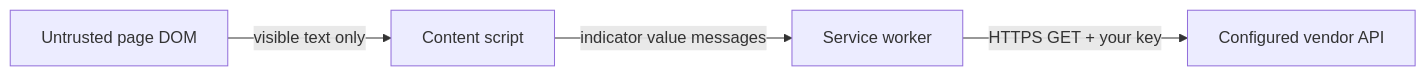
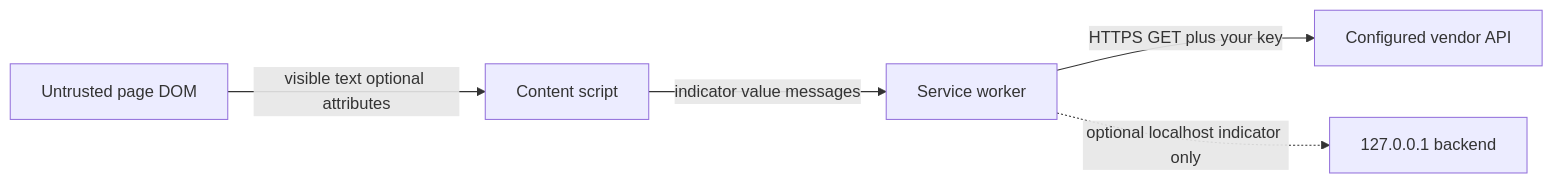
Before and after one commit to 0xCBradford/Vera5: the diagram in docs/security-model.md, drawn with Mermaid. The commit also changed other lines of this file and 60 other files, not shown here.

````diff
--- a/docs/security-model.md
+++ b/docs/security-model.md
@@ -335,6 +388,7 @@
 ```mermaid
 flowchart LR
-  PageDOM[Untrusted page DOM] -->|visible text only| CS[Content script]
+  PageDOM[Untrusted page DOM] -->|visible text optional attributes| CS[Content script]
   CS -->|indicator value messages| SW[Service worker]
-  SW -->|HTTPS GET + your key| Vendor[Configured vendor API]
+  SW -->|HTTPS GET plus your key| Vendor[Configured vendor API]
+  SW -.->|optional localhost indicator only| Backend[127.0.0.1 backend]
 ```
````
